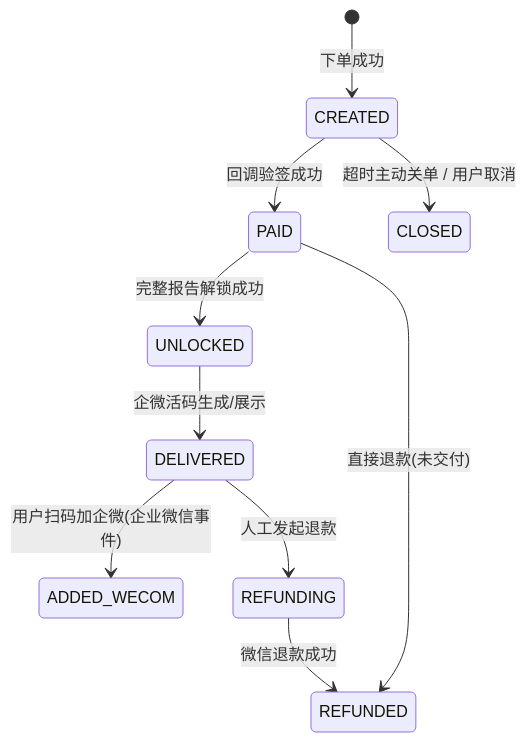
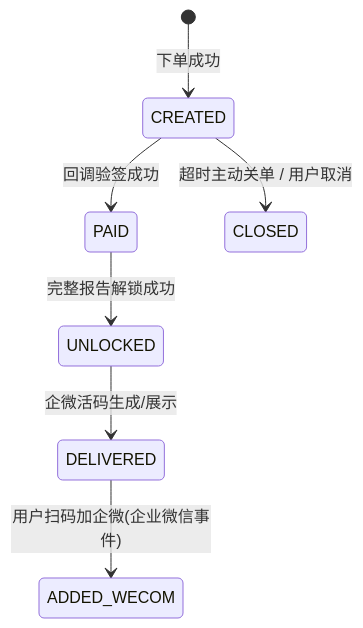
One commit to LiquorXR/yycs changed the fourth of 5 diagrams in doc/开发文档.md. Above: the diagram before and after it, drawn with Mermaid. The commit also changed other lines of this file and 1 other file, not shown here.

````diff
--- a/doc/开发文档.md
+++ b/doc/开发文档.md
@@ -165,12 +164,9 @@
 ```mermaid
 stateDiagram-v2
     [*] --> CREATED: 下单成功
     CREATED --> PAID: 回调验签成功
     CREATED --> CLOSED: 超时主动关单 / 用户取消
     PAID --> UNLOCKED: 完整报告解锁成功
     UNLOCKED --> DELIVERED: 企微活码生成/展示
     DELIVERED --> ADDED_WECOM: 用户扫码加企微(企业微信事件)
-    DELIVERED --> REFUNDING: 人工发起退款
-    REFUNDING --> REFUNDED: 微信退款成功
-    PAID --> REFUNDED: 直接退款(未交付)
 ```
````
